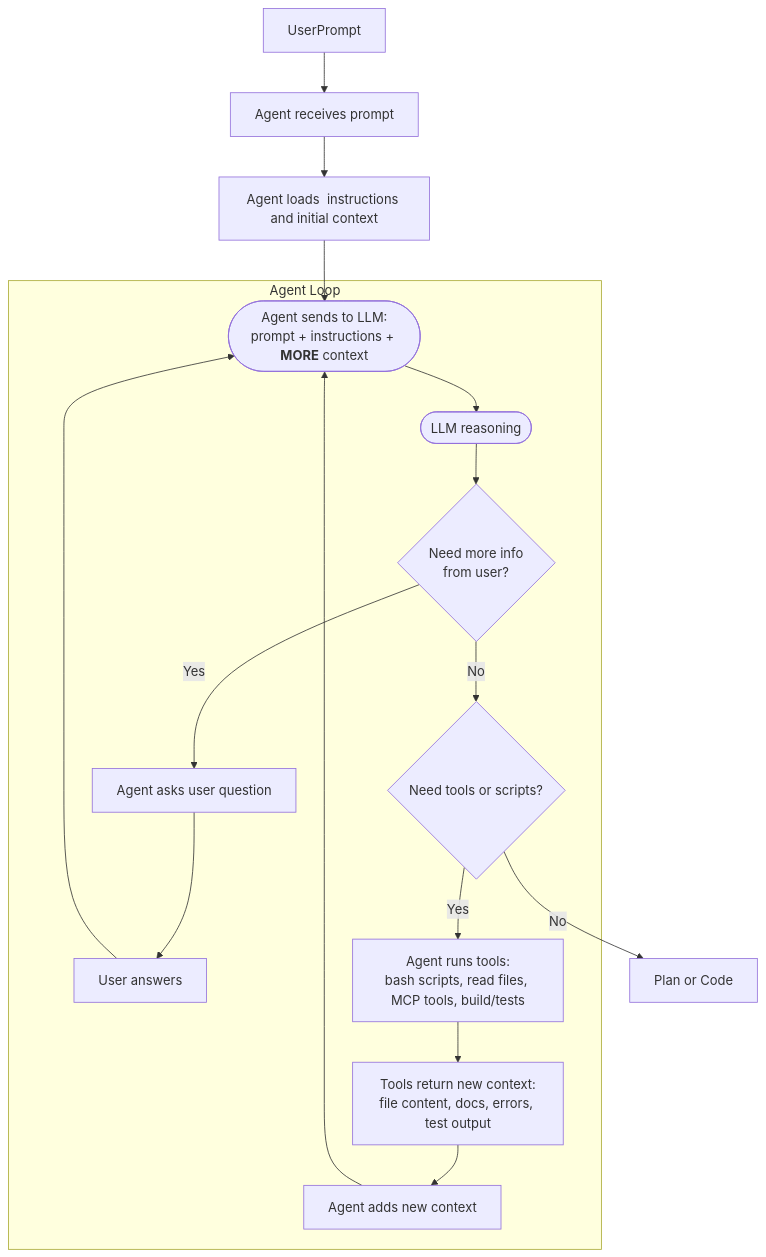
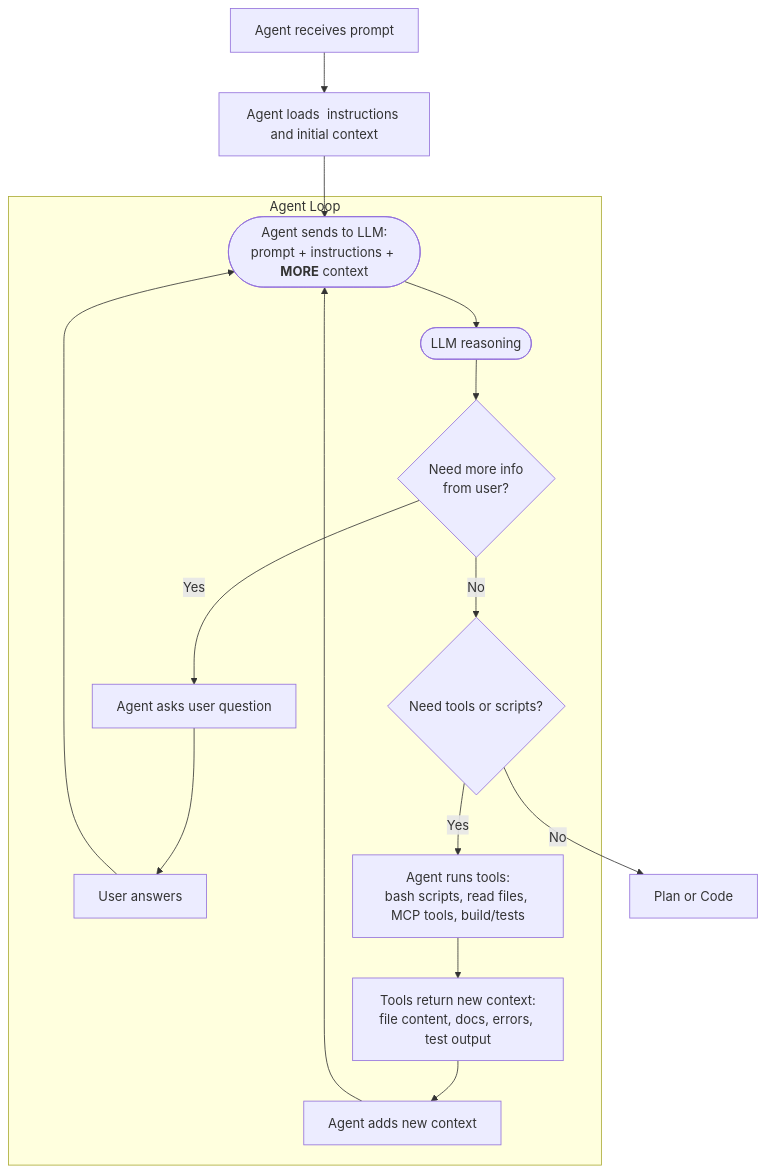
The first of 3 diagrams in design/theory.md (iJustHelp/dev-context-mcp-server), drawn with Mermaid before and after one commit. The commit also changed 1 other file, not shown here.

````diff
--- a/design/theory.md
+++ b/design/theory.md
@@ -26,29 +26,28 @@
 ```mermaid
 flowchart TD
-
-    UserPrompt --> Agent[Agent receives prompt]
-
+    Agent[Agent receives prompt]
+    
     Agent --> LoadContext[Agent loads  instructions and initial context]
 
     LoadContext --> SendToLLM([Agent sends to LLM:<br/>prompt + instructions + <b>MORE</b> context])
 
 subgraph Loop["Agent Loop"]
     SendToLLM --> LLMThink([LLM reasoning])
 
     LLMThink --> NeedQuestion{Need more info<br/>from user?}
 
     NeedQuestion -- Yes --> AskUser[Agent asks user question]
     AskUser --> UserAnswer[User answers]
     UserAnswer --> SendToLLM
 
     NeedQuestion -- No --> NeedTools{Need tools or scripts?}
 
     NeedTools -- Yes --> RunTools[Agent runs tools:<br/>bash scripts, read files, MCP tools, build/tests]
     RunTools --> ToolOutput[Tools return new context:<br/>file content, docs, errors, test output]
 
     ToolOutput --> UpdateContext[Agent adds new context]
     UpdateContext --> SendToLLM
 end
     NeedTools -- No --> FinalResult[Plan or Code]
 
 ```
````
